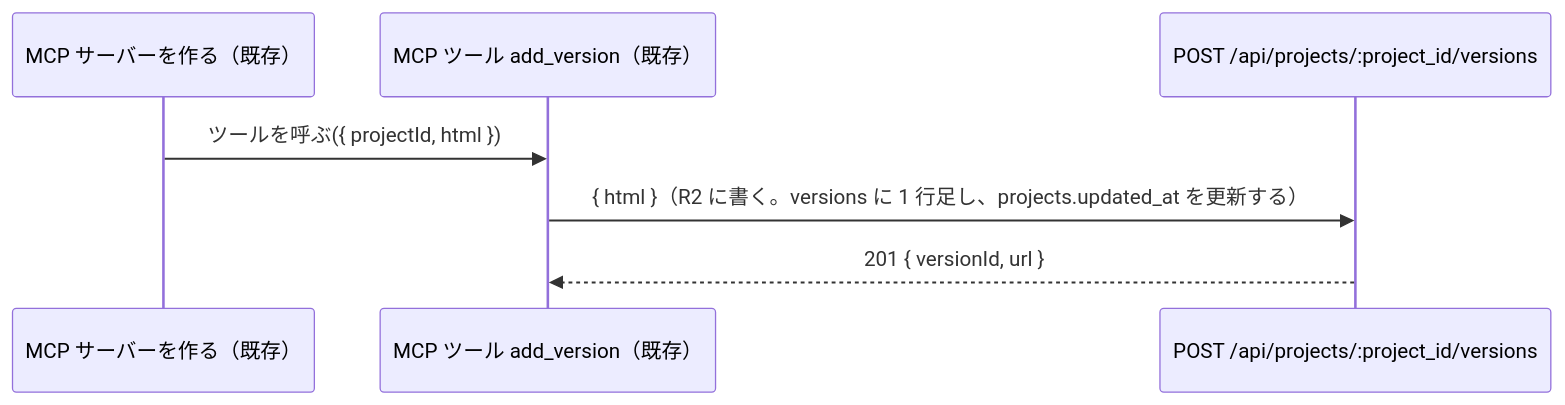
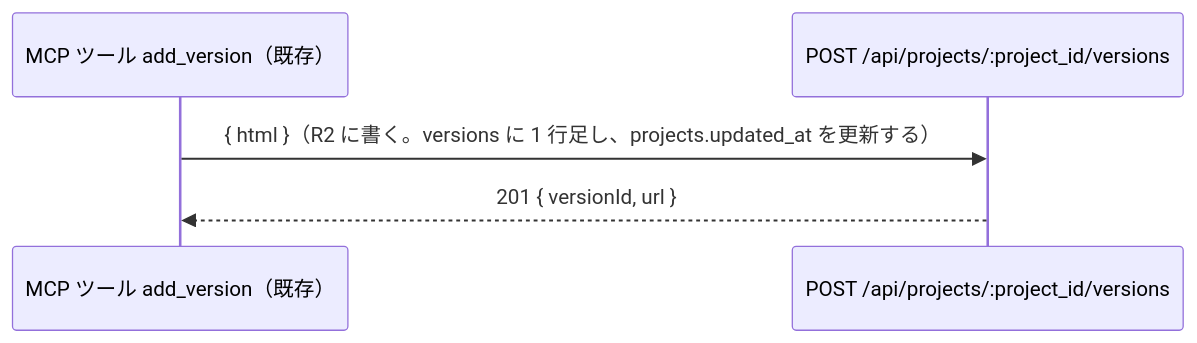
Before and after one commit to taiki-kuraishi/karibari: the eighth of 11 diagrams in docs/superpowers/specs/2026-10-06-owner-viewer-design/README.md, drawn with Mermaid. The commit also changed other lines of this file and 17 other files, not shown here.

````diff
--- a/docs/superpowers/specs/2026-10-06-owner-viewer-design/README.md
+++ b/docs/superpowers/specs/2026-10-06-owner-viewer-design/README.md
@@ -173,9 +211,7 @@
 ```mermaid
 sequenceDiagram
-  participant Srv as MCP サーバーを作る（既存）
   participant Tool as MCP ツール add_version（既存）
   participant Api as POST /api/projects/:project_id/versions
-  Srv->>Tool: ツールを呼ぶ({ projectId, html })
   Tool->>Api: { html }（R2 に書く。versions に 1 行足し、projects.updated_at を更新する）
   Api-->>Tool: 201 { versionId, url }
 ```
````
